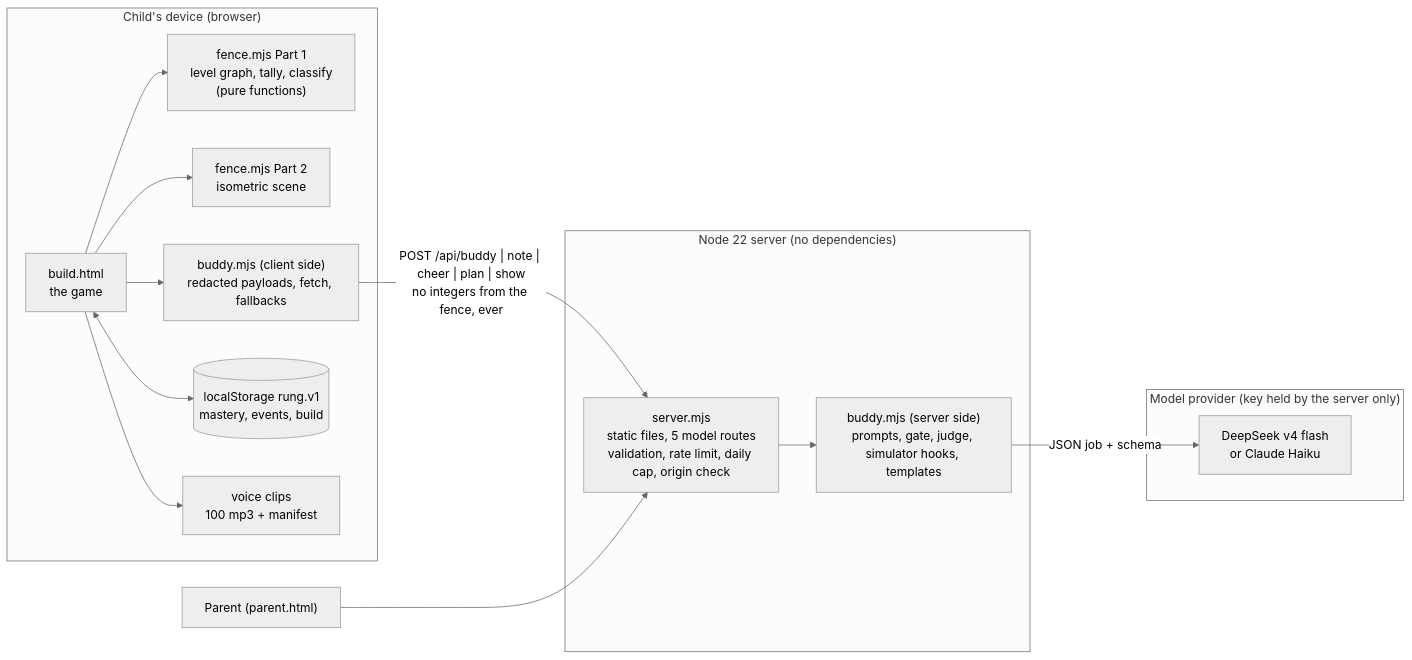
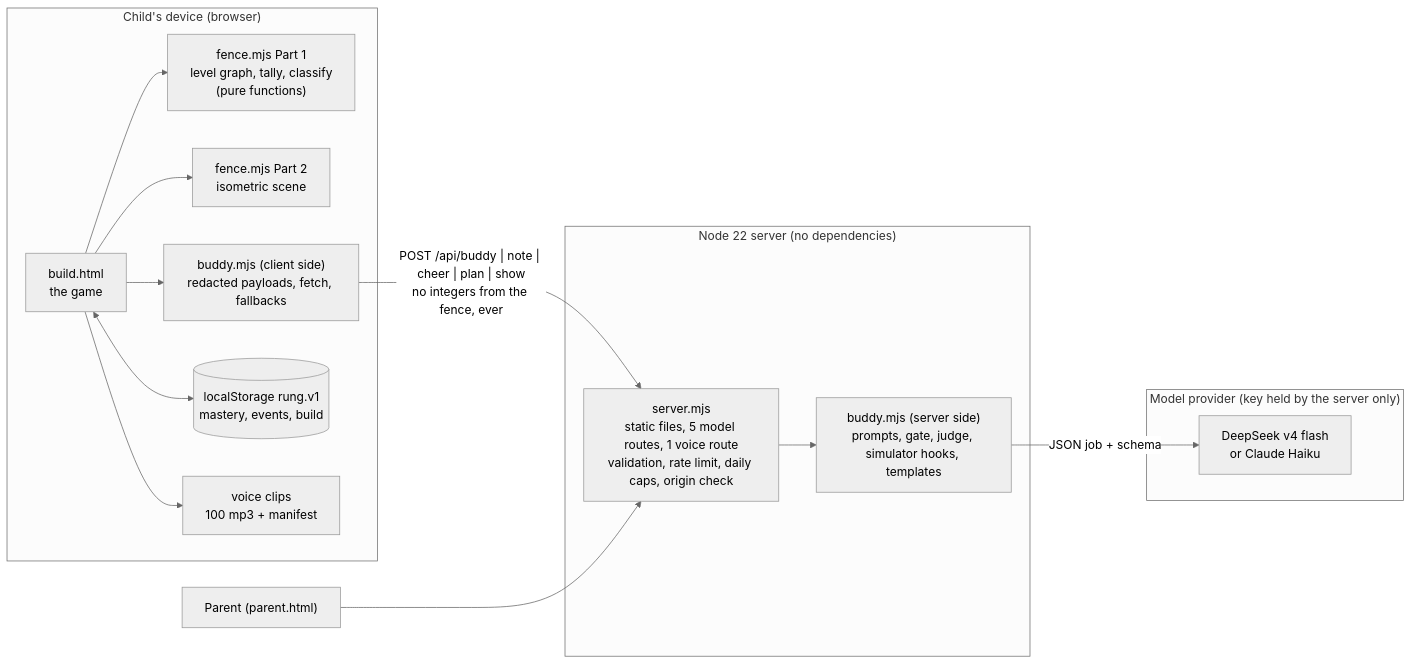
The first of 2 diagrams in docs/ARCHITECTURE.md (manpreet171/pip-fence), drawn with Mermaid (neutral theme) before and after one commit. The commit also changed other lines of this file and 7 other files, not shown here.

Commit message:
One voice: the model's lines are spoken by the same neural voice as the clips, through the server

````diff
--- a/docs/ARCHITECTURE.md
+++ b/docs/ARCHITECTURE.md
@@ -9,27 +9,27 @@
 ```mermaid
 flowchart LR
   subgraph Device["Child's device (browser)"]
     UI["build.html<br/>the game"]
     FX["fence.mjs Part 1<br/>level graph, tally, classify<br/>(pure functions)"]
     SC["fence.mjs Part 2<br/>isometric scene"]
     BD["buddy.mjs (client side)<br/>redacted payloads, fetch, fallbacks"]
     LS[("localStorage rung.v1<br/>mastery, events, build")]
     VO["voice clips<br/>100 mp3 + manifest"]
     UI --> FX
     UI --> SC
     UI --> BD
     UI <--> LS
     UI --> VO
   end
   subgraph Server["Node 22 server (no dependencies)"]
-    RT["server.mjs<br/>static files, 5 model routes<br/>validation, rate limit, daily cap, origin check"]
+    RT["server.mjs<br/>static files, 5 model routes, 1 voice route<br/>validation, rate limit, daily caps, origin check"]
     BS["buddy.mjs (server side)<br/>prompts, gate, judge, simulator hooks, templates"]
     RT --> BS
   end
   subgraph Model["Model provider (key held by the server only)"]
     LLM["DeepSeek v4 flash<br/>or Claude Haiku"]
   end
   BD -- "POST /api/buddy | note | cheer | plan | show<br/>no integers from the fence, ever" --> RT
   BS -- "JSON job + schema" --> LLM
   P["Parent (parent.html)"] --> RT
 ```
````
